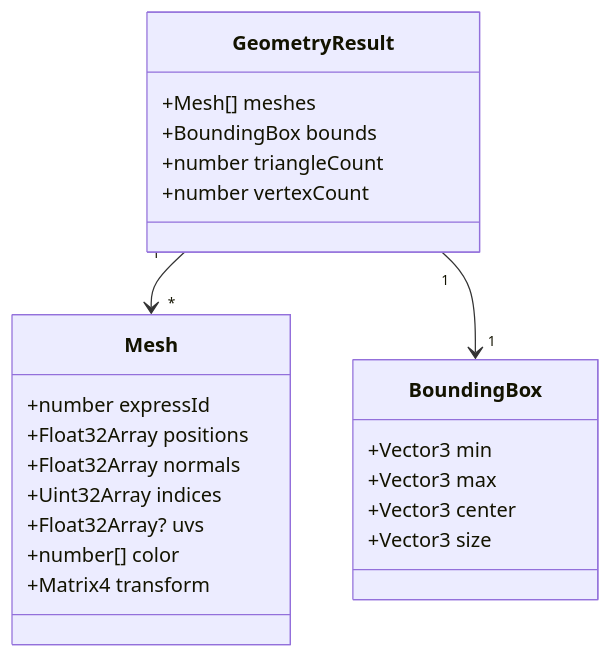
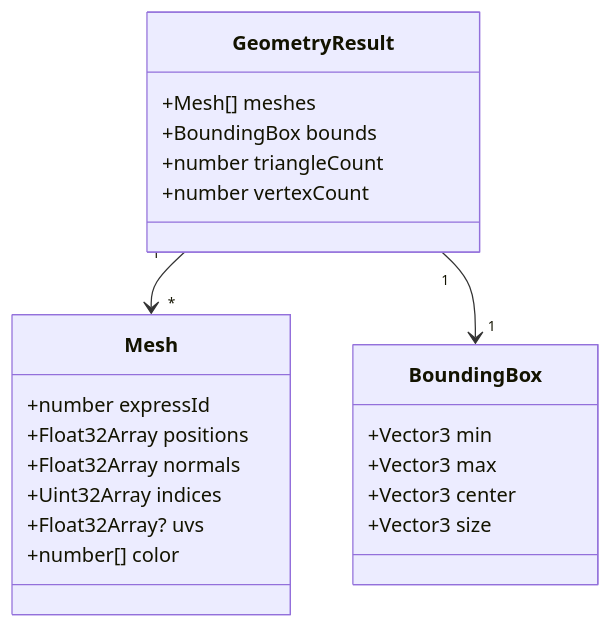
Before and after one commit to LTplus-AG/ifc-lite: the second of 6 diagrams in docs/guide/geometry.md, drawn with Mermaid. The commit also changed other lines of this file and 70 other files, not shown here.

````diff
--- a/docs/guide/geometry.md
+++ b/docs/guide/geometry.md
@@ -108,29 +108,28 @@
 ```mermaid
 classDiagram
     class Mesh {
         +number expressId
         +Float32Array positions
         +Float32Array normals
         +Uint32Array indices
         +Float32Array? uvs
         +number[] color
-        +Matrix4 transform
     }
 
     class GeometryResult {
         +Mesh[] meshes
         +BoundingBox bounds
         +number triangleCount
         +number vertexCount
     }
 
     class BoundingBox {
         +Vector3 min
         +Vector3 max
         +Vector3 center
         +Vector3 size
     }
 
     GeometryResult "1" --> "*" Mesh
     GeometryResult "1" --> "1" BoundingBox
 ```
````
